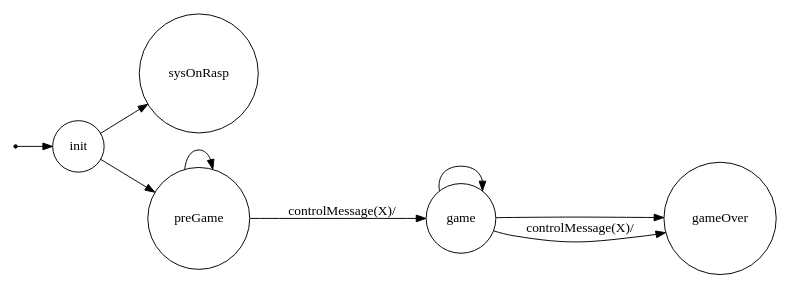
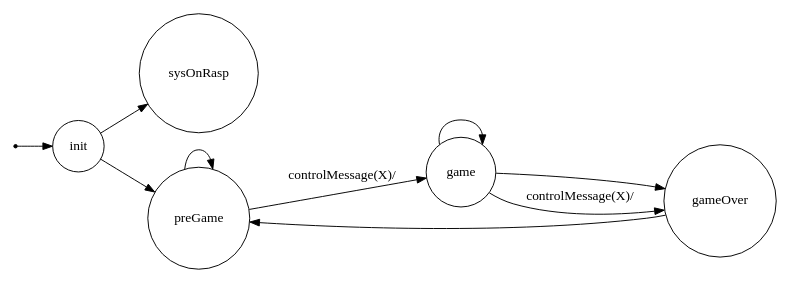
Before and after one commit to Mikelainz/ISS: the diagram in it.unibo.game.step2/src/dist/srcMore/it/unibo/flashled/dotFsm.gv, drawn with Graphviz. The commit also changed 362 other files, not shown here.

```diff
--- a/it.unibo.game.step2/src/dist/srcMore/it/unibo/flashled/dotFsm.gv
+++ b/it.unibo.game.step2/src/dist/srcMore/it/unibo/flashled/dotFsm.gv
@@ -1,28 +1,30 @@
 /*
 *
 * A GraphViz DOT FSM description 
 * Please use a GraphViz visualizer (like http://www.webgraphviz.com)
 * 
 * Generated by AM,NC,RM
 *  
 */
  
 digraph finite_state_machine {
   	rankdir=LR;
   	size="8,5"
   	node [shape = point]; iniziale;
   	node [shape = doublecircle]; 
   	node [shape = circle];
   	iniziale -> init [label = ""];
   	
   	
   	init -> sysOnRasp [ label = ""];
   	init -> preGame [ label = ""];
   	
   	preGame -> preGame [ label = ""];
   	preGame -> game [ label = "controlMessage(X)/"];
   	
   	game -> gameOver [ label = ""];
   	game -> game [ label = ""];
   	game -> gameOver [ label = "controlMessage(X)/"];
+  	
+  	gameOver -> preGame [ label = ""];
 }
```
